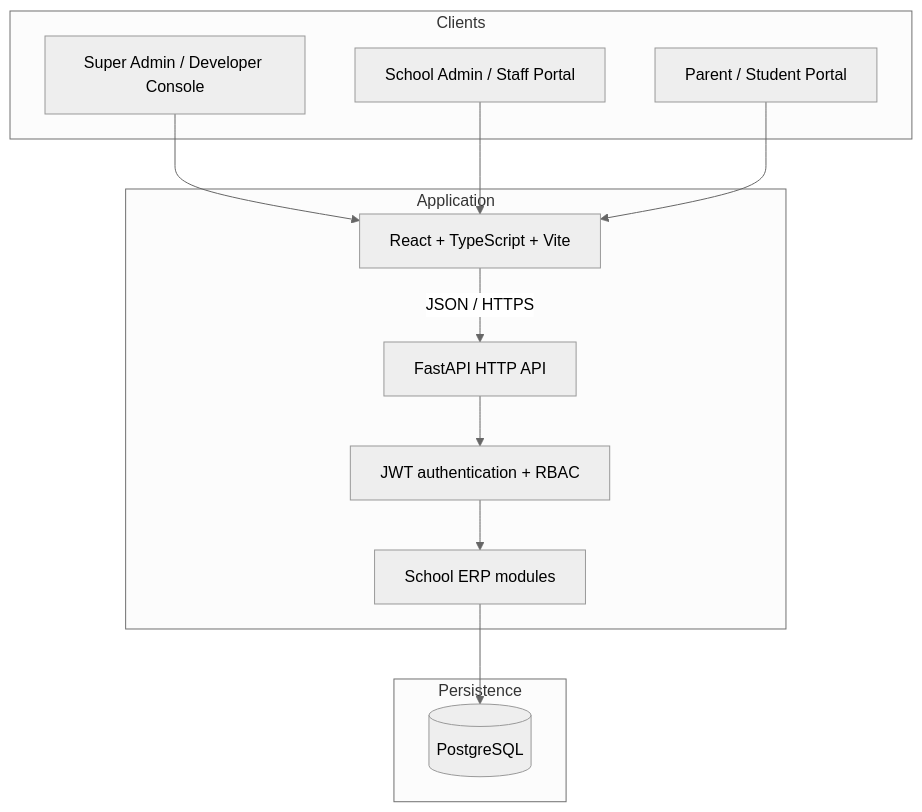
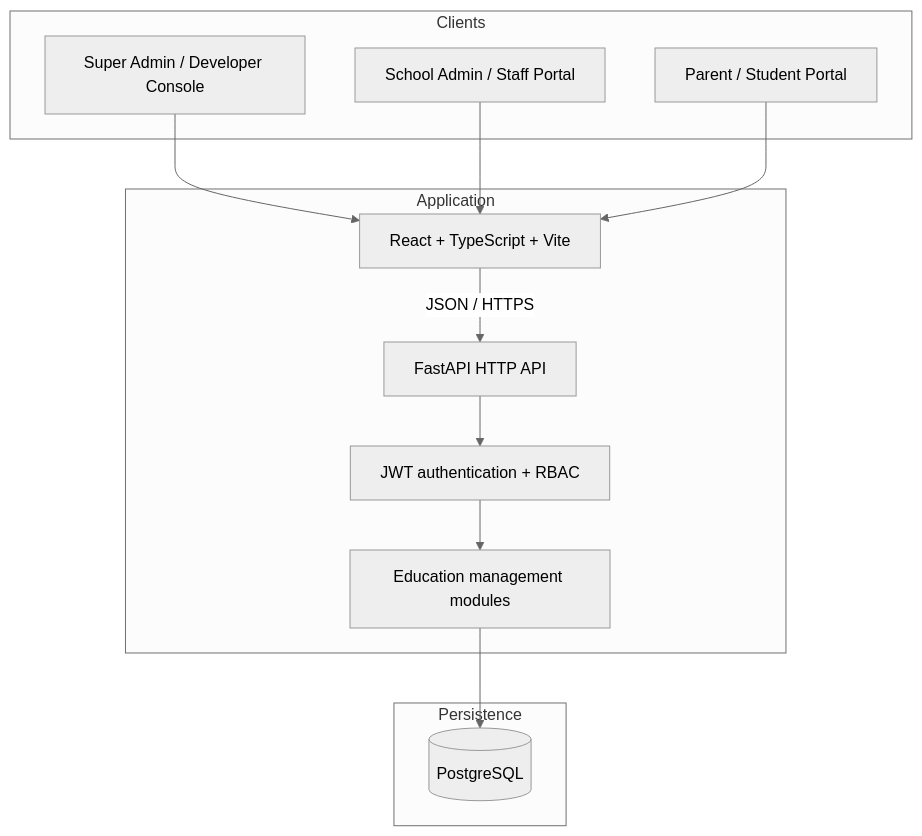
Before and after one commit to Solution-Architec/school-erp: the diagram in docs/architecture.md, drawn with Mermaid (neutral theme). The commit also changed other lines of this file, not shown here.

````diff
--- a/docs/architecture.md
+++ b/docs/architecture.md
@@ -5,24 +5,24 @@
 ```mermaid
 flowchart TB
   subgraph Clients
     SA[Super Admin / Developer Console]
     AD[School Admin / Staff Portal]
     PA[Parent / Student Portal]
   end
   subgraph Application
     WEB[React + TypeScript + Vite]
     API[FastAPI HTTP API]
     AUTH[JWT authentication + RBAC]
-    MOD[School ERP modules]
+    MOD[Education management modules]
   end
   subgraph Persistence
     PG[(PostgreSQL)]
   end
   SA --> WEB
   AD --> WEB
   PA --> WEB
   WEB -->|JSON / HTTPS| API
   API --> AUTH
   AUTH --> MOD
   MOD --> PG
 ```
````
